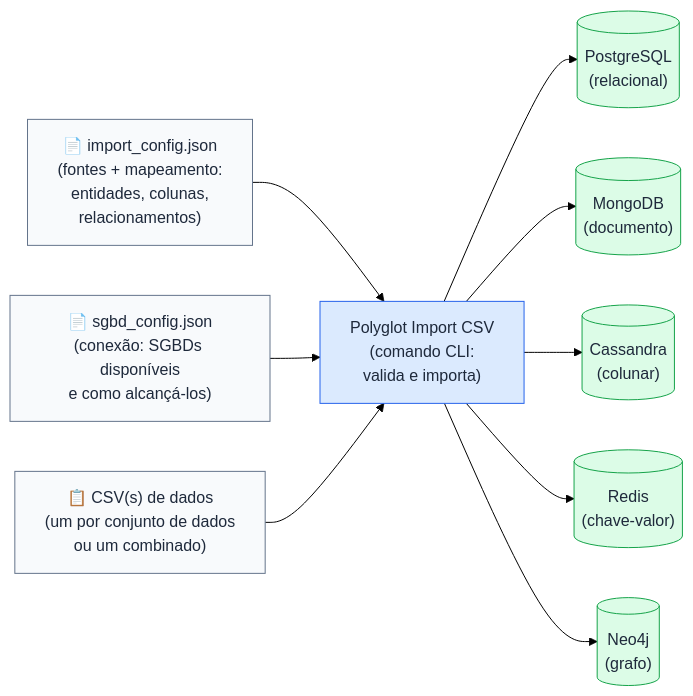
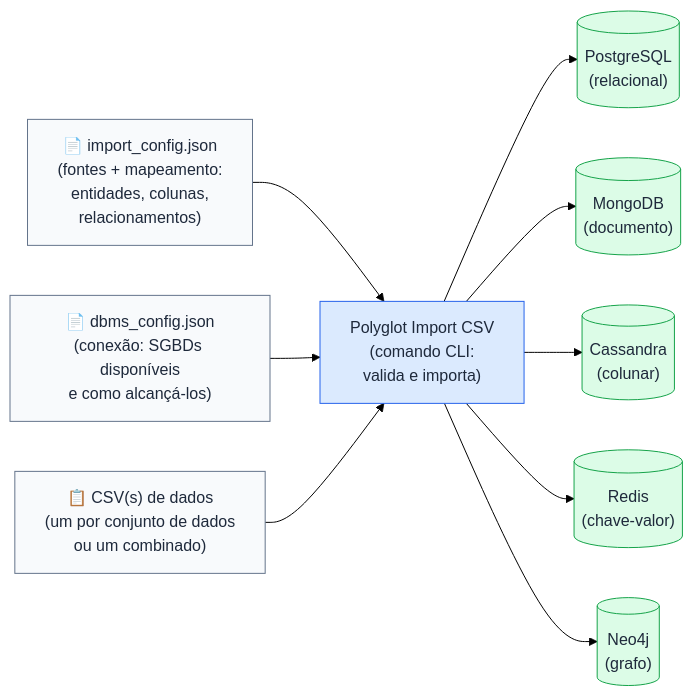
Before and after one commit to lucasbc92/polyglot-import-csv: the diagram in docs-tcc/images/figure7-overview.mmd, drawn with Mermaid (forest theme). The commit also changed 12 other files, not shown here.

First line of the commit message:
docs(tcc): dbms_config, sigla DBMS, bloco start e figuras 7, 9, 10 e 11

```diff
--- a/docs-tcc/images/figure7-overview.mmd
+++ b/docs-tcc/images/figure7-overview.mmd
@@ -1,22 +1,22 @@
 flowchart LR
     A["📄 import_config.json\n(fontes + mapeamento:\nentidades, colunas,\nrelacionamentos)"] --> P
-    B["📄 sgbd_config.json\n(conexão: SGBDs disponíveis\ne como alcançá-los)"] --> P
+    B["📄 dbms_config.json\n(conexão: SGBDs disponíveis\ne como alcançá-los)"] --> P
     C["📋 CSV(s) de dados\n(um por conjunto de dados\nou um combinado)"] --> P
 
     P["Polyglot Import CSV\n(comando CLI:\nvalida e importa)"]
 
     P --> D[("PostgreSQL\n(relacional)")]
     P --> E[("MongoDB\n(documento)")]
     P --> F[("Cassandra\n(colunar)")]
     P --> G[("Redis\n(chave-valor)")]
     P --> H[("Neo4j\n(grafo)")]
 
     style A fill:#f8fafc,stroke:#64748b,color:#1e293b
     style B fill:#f8fafc,stroke:#64748b,color:#1e293b
     style C fill:#f8fafc,stroke:#64748b,color:#1e293b
     style P fill:#dbeafe,stroke:#2563eb,color:#1e293b
     style D fill:#dcfce7,stroke:#16a34a,color:#1e293b
     style E fill:#dcfce7,stroke:#16a34a,color:#1e293b
     style F fill:#dcfce7,stroke:#16a34a,color:#1e293b
     style G fill:#dcfce7,stroke:#16a34a,color:#1e293b
     style H fill:#dcfce7,stroke:#16a34a,color:#1e293b
```
